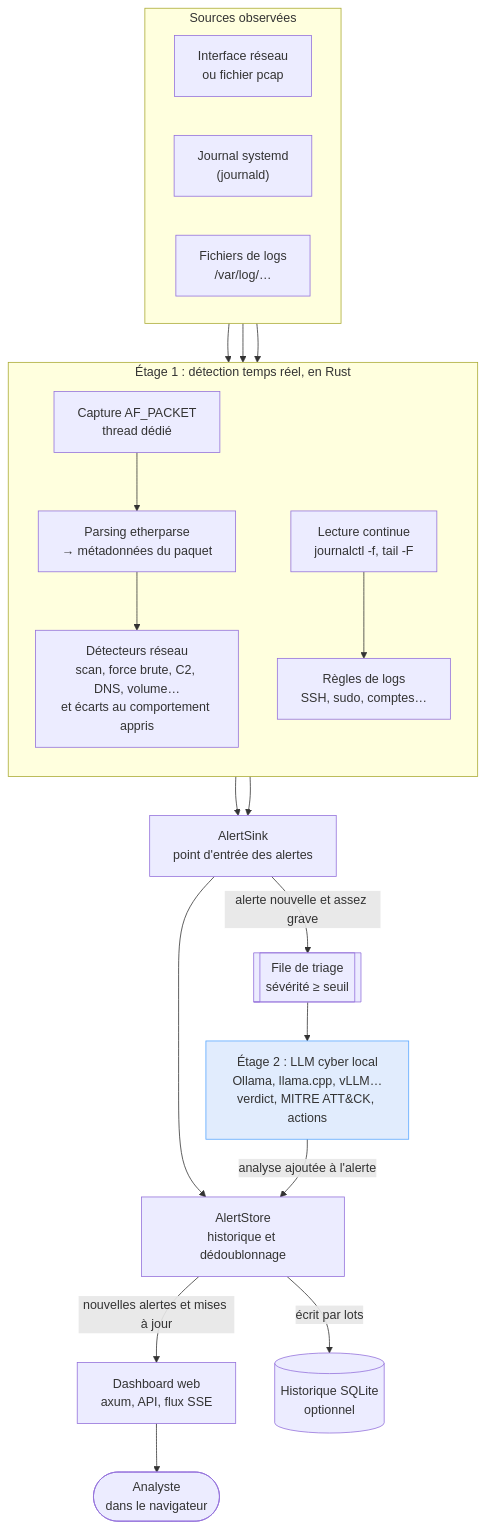
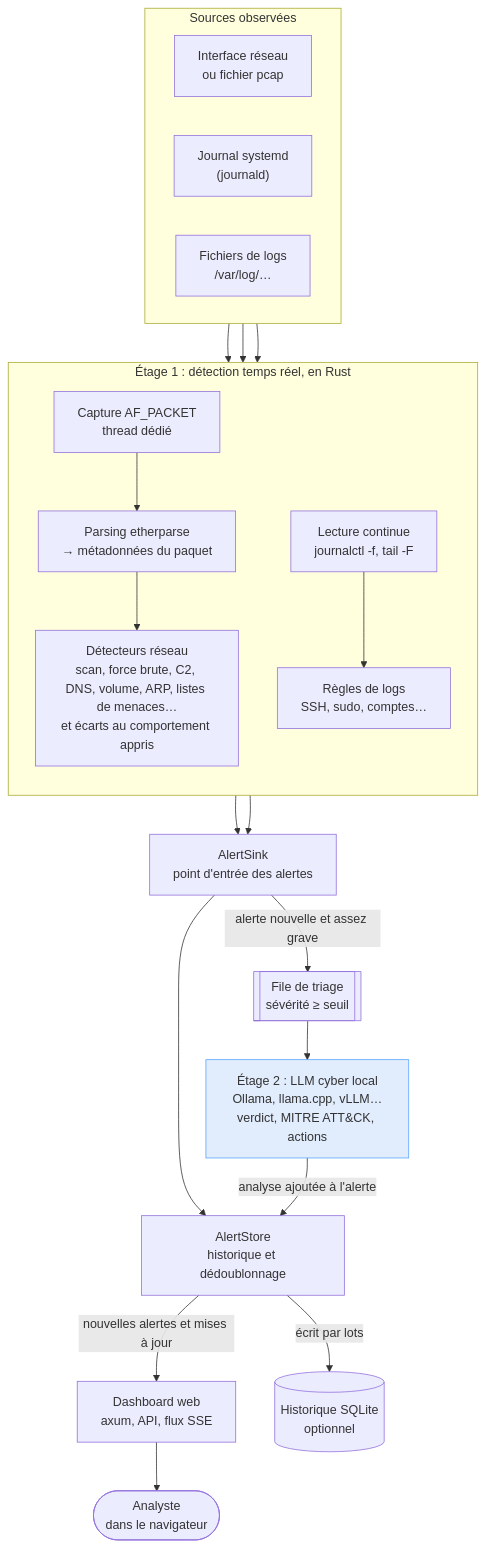
The first of 2 diagrams in README.md (jprecigout/cyward), drawn with Mermaid before and after one commit. The commit also changed other lines of this file and 16 other files, not shown here.

````diff
--- a/README.md
+++ b/README.md
@@ -37,39 +37,39 @@
 ```mermaid
 flowchart TB
     subgraph SRC["Sources observées"]
         direction LR
         NET["Interface réseau<br/>ou fichier pcap"]
         JRN["Journal systemd<br/>(journald)"]
         FIC["Fichiers de logs<br/>/var/log/…"]
     end
 
     subgraph E1["Étage 1 : détection temps réel, en Rust"]
         direction TB
         CAP["Capture AF_PACKET<br/>thread dédié"]
         PAR["Parsing etherparse<br/>→ métadonnées du paquet"]
-        DET["Détecteurs réseau<br/>scan, force brute, C2, DNS, volume…<br/>et écarts au comportement appris"]
+        DET["Détecteurs réseau<br/>scan, force brute, C2, DNS, volume, ARP, listes de menaces…<br/>et écarts au comportement appris"]
         LEC["Lecture continue<br/>journalctl -f, tail -F"]
         REG["Règles de logs<br/>SSH, sudo, comptes…"]
     end
 
     SINK["AlertSink<br/>point d'entrée des alertes"]
     STORE["AlertStore<br/>historique et dédoublonnage"]
     FILE[["File de triage<br/>sévérité ≥ seuil"]]
     LLM["Étage 2 : LLM cyber local<br/>Ollama, llama.cpp, vLLM…<br/>verdict, MITRE ATT&CK, actions"]
     WEB["Dashboard web<br/>axum, API, flux SSE"]
     HIST[("Historique SQLite<br/>optionnel")]
     USER(["Analyste<br/>dans le navigateur"])
 
     NET --> CAP --> PAR --> DET --> SINK
     JRN --> LEC
     FIC --> LEC
     LEC --> REG --> SINK
     SINK --> STORE
     SINK -- "alerte nouvelle et assez grave" --> FILE --> LLM
     LLM -- "analyse ajoutée à l'alerte" --> STORE
     STORE -- "nouvelles alertes et mises à jour" --> WEB --> USER
     STORE -- "écrit par lots" --> HIST
 
     classDef etage2 fill:#1f6feb22,stroke:#58a6ff
     class LLM etage2
 ```
````
